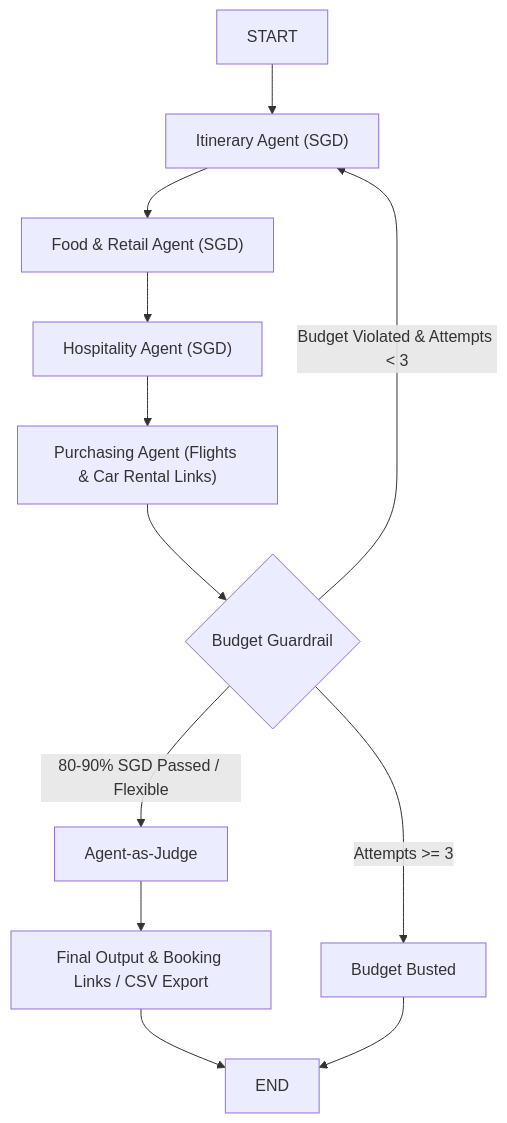
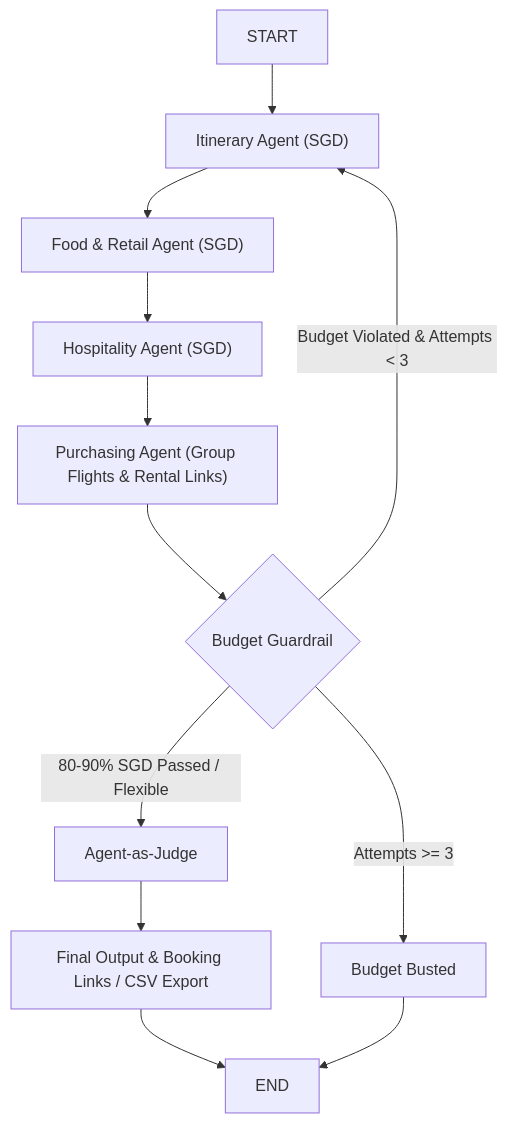
Before and after one commit to yanchangchen/aitravelbuddy: the diagram in README.md, drawn with Mermaid. The commit also changed other lines of this file and 4 other files, not shown here.

````diff
--- a/README.md
+++ b/README.md
@@ -30,16 +31,16 @@
 ```mermaid
 graph TD
     A["START"] --> B["Itinerary Agent (SGD)"]
     B --> C["Food & Retail Agent (SGD)"]
     C --> D["Hospitality Agent (SGD)"]
-    D --> E["Purchasing Agent (Flights & Car Rental Links)"]
+    D --> E["Purchasing Agent (Group Flights & Rental Links)"]
     E --> F{"Budget Guardrail"}
     
     F -->|"80-90% SGD Passed / Flexible"| G["Agent-as-Judge"]
     F -->|"Budget Violated & Attempts < 3"| B
     F -->|"Attempts >= 3"| H["Budget Busted"]
     
     G --> I["Final Output & Booking Links / CSV Export"]
     I --> J["END"]
     H --> J
 ```
````
